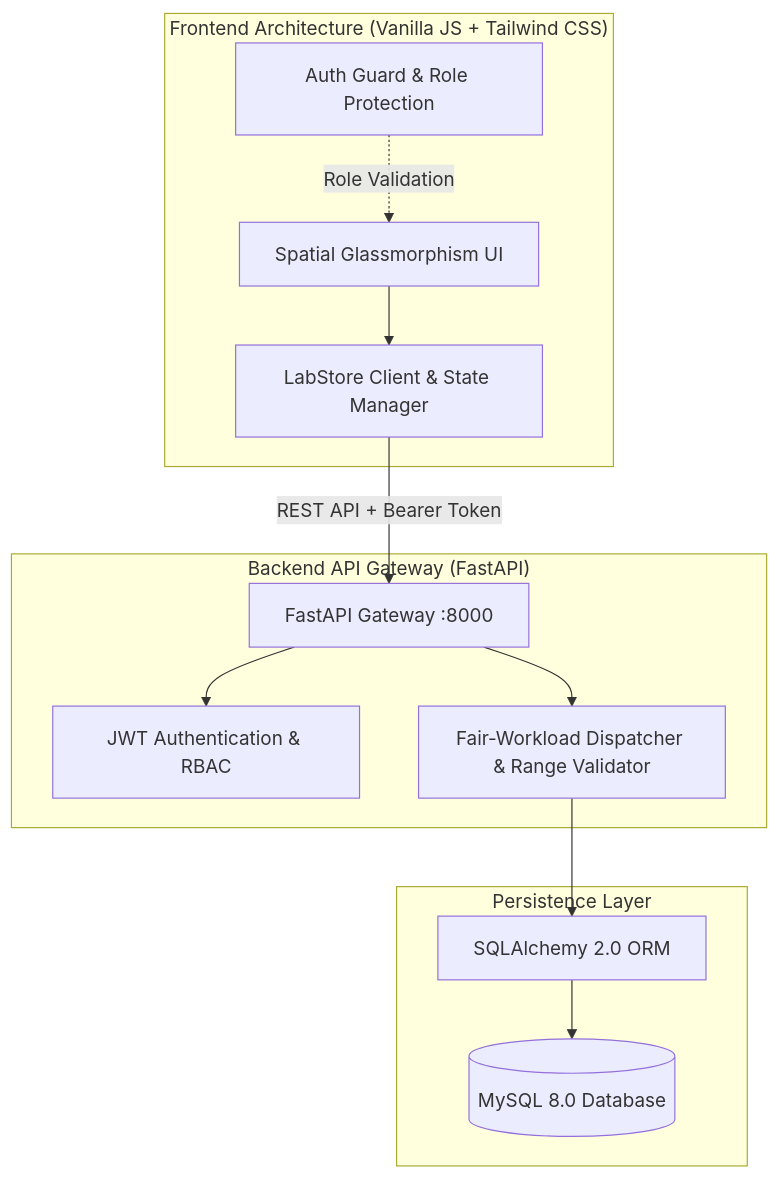
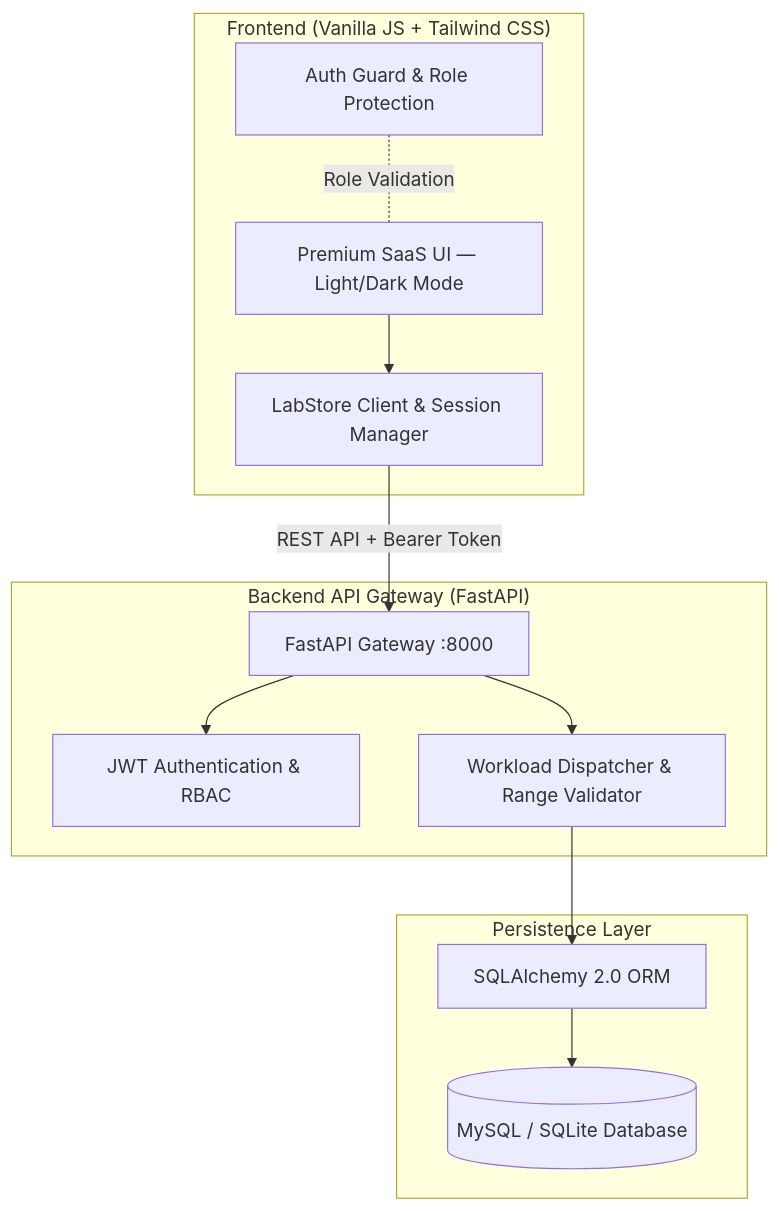
One commit to nithin16-cloud/ddp changed the diagram in README.md. Above: the diagram before and after it, drawn with Mermaid. The commit also changed other lines of this file and 17 other files, not shown here.

````diff
--- a/README.md
+++ b/README.md
@@ -43,27 +43,27 @@
 ```mermaid
 graph TD
-    subgraph Client["Frontend Architecture (Vanilla JS + Tailwind CSS)"]
-        UI[Spatial Glassmorphism UI]
-        LS[LabStore Client & State Manager]
+    subgraph Client["Frontend (Vanilla JS + Tailwind CSS)"]
+        UI[Premium SaaS UI — Light/Dark Mode]
+        LS[LabStore Client & Session Manager]
         AG[Auth Guard & Role Protection]
     end
 
     subgraph Server["Backend API Gateway (FastAPI)"]
         API[FastAPI Gateway :8000]
         AUTH[JWT Authentication & RBAC]
-        ENG[Fair-Workload Dispatcher & Range Validator]
+        ENG[Workload Dispatcher & Range Validator]
     end
 
     subgraph Data["Persistence Layer"]
         ORM[SQLAlchemy 2.0 ORM]
-        DB[(MySQL 8.0 Database)]
+        DB[(MySQL / SQLite Database)]
     end
 
     UI --> LS
     LS -->|REST API + Bearer Token| API
-    AG -.->|Role Validation| UI
+    AG -.- |Role Validation| UI
     API --> AUTH
     API --> ENG
     ENG --> ORM
     ORM --> DB
 ```
````
